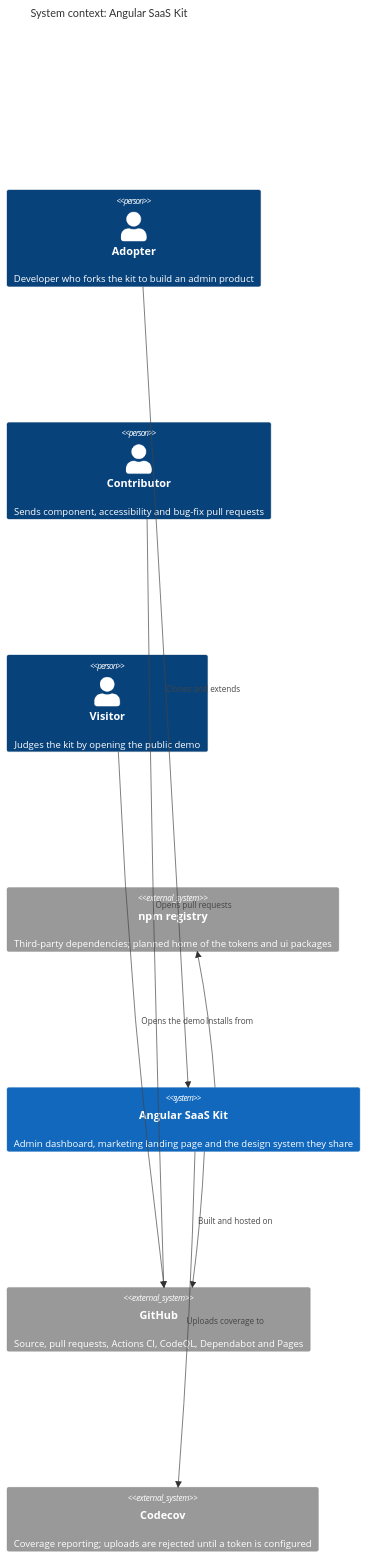
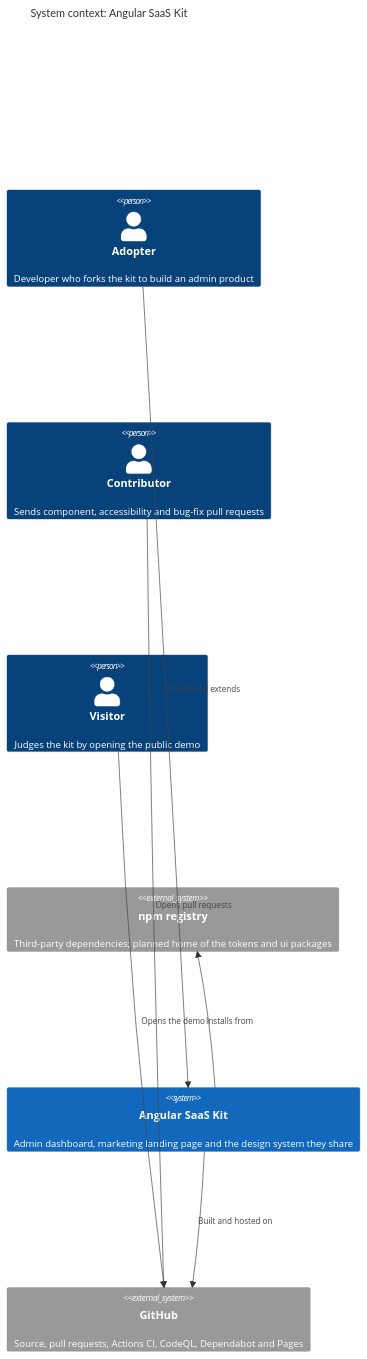
The diagram in docs/architecture/c4-context.md (nguyenan97/angular-saas-kit), drawn with Mermaid before and after one commit. The commit also changed other lines of this file and 6 other files, not shown here.

````diff
--- a/docs/architecture/c4-context.md
+++ b/docs/architecture/c4-context.md
@@ -7,23 +7,21 @@
 ```mermaid
 %%{init: {"c4": {"c4ShapeMargin": 100}}}%%
 C4Context
   title System context: Angular SaaS Kit
 
   Person(adopter, "Adopter", "Developer who forks the kit to build an admin product")
   Person(contributor, "Contributor", "Sends component, accessibility and bug-fix pull requests")
   Person(visitor, "Visitor", "Judges the kit by opening the public demo")
 
   System_Ext(npm, "npm registry", "Third-party dependencies; planned home of the tokens and ui packages")
   System(kit, "Angular SaaS Kit", "Admin dashboard, marketing landing page and the design system they share")
   System_Ext(github, "GitHub", "Source, pull requests, Actions CI, CodeQL, Dependabot and Pages")
-  System_Ext(codecov, "Codecov", "Coverage reporting; uploads are rejected until a token is configured")
 
   Rel(adopter, kit, "Clones and extends")
   Rel(contributor, github, "Opens pull requests")
   Rel(visitor, github, "Opens the demo")
   Rel(kit, github, "Built and hosted on")
   Rel(kit, npm, "Installs from")
-  Rel(kit, codecov, "Uploads coverage to")
 
   UpdateLayoutConfig($c4ShapeInRow="3", $c4BoundaryInRow="1")
 ```
````
